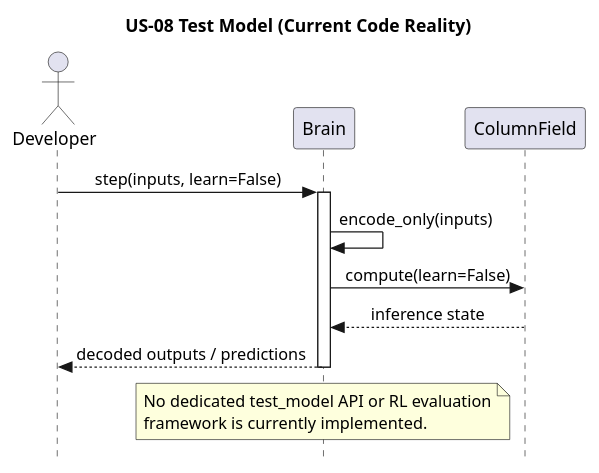
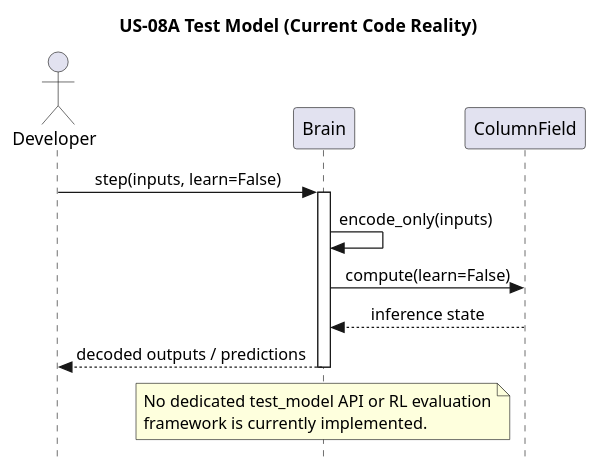
Before and after one commit to egrembocki/htmrl: the first of 2 diagrams in docs/puml/US/us-08.puml, drawn with PlantUML. The commit also changed other lines of this file and 4 other files, not shown here.

```diff
--- a/docs/puml/US/us-08.puml
+++ b/docs/puml/US/us-08.puml
@@ -1,23 +1,24 @@
 @startuml
 skinparam style strictuml
 skinparam sequenceMessageAlign center
 skinparam responseMessageBelowArrow true
-title US-08 Test Model (Current Code Reality)
+
+title US-08A Test Model (Current Code Reality)
 
 actor Developer
 participant "Brain" as BR
 participant "ColumnField" as CF
 
 Developer -> BR: step(inputs, learn=False)
 activate BR
 BR -> BR: encode_only(inputs)
 BR -> CF: compute(learn=False)
 CF --> BR: inference state
 BR --> Developer: decoded outputs / predictions
 deactivate BR
 
 note over BR
 No dedicated test_model API or RL evaluation
 framework is currently implemented.
 end note
 @enduml
```
